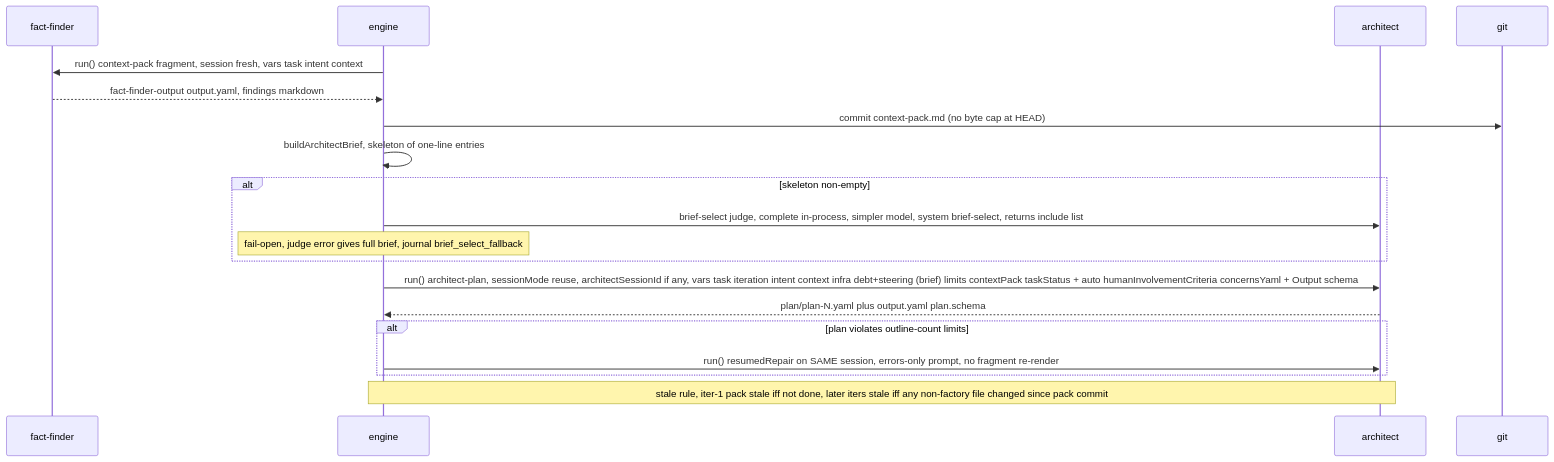
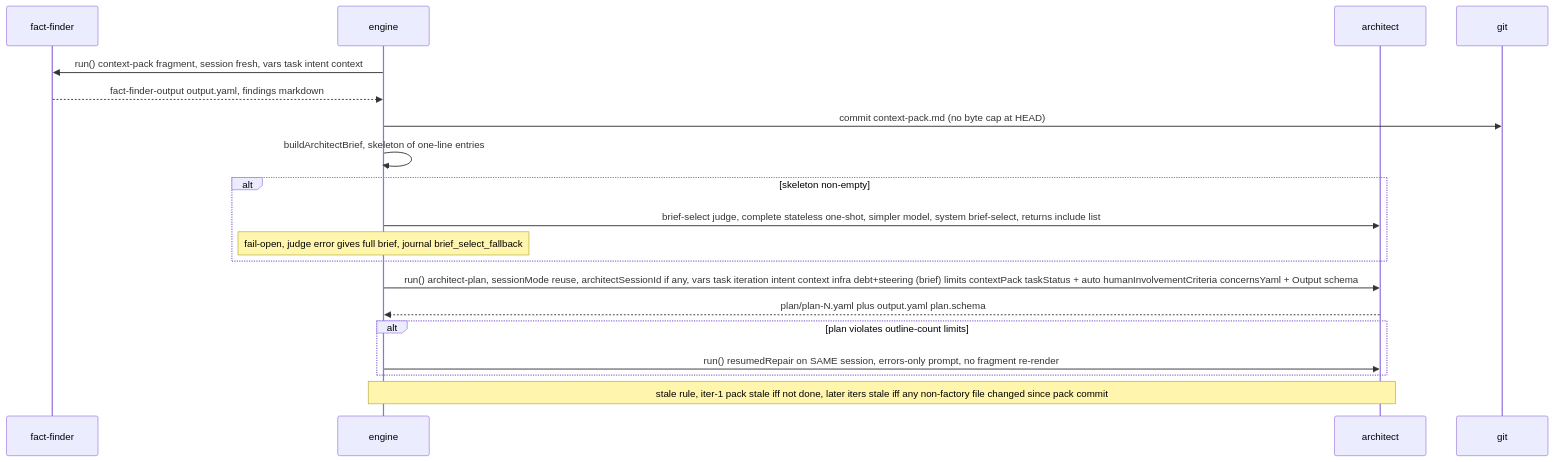
Before and after one commit to szavadsky/agentic-swarm: the third of 5 diagrams in plugins/software-factory/docs/IMPLEMENTATION.md, drawn with Mermaid. The commit also changed other lines of this file and 42 other files, not shown here.

Commit message:
software-factory: IMPLEMENTATION.md records pass (clickable schemas/records, output+session docs)

````diff
--- a/plugins/software-factory/docs/IMPLEMENTATION.md
+++ b/plugins/software-factory/docs/IMPLEMENTATION.md
@@ -156,21 +301,21 @@
 ```mermaid
 sequenceDiagram
     participant FF as fact-finder
     participant ENG as engine
     participant ARC as architect
     participant GIT as git
     ENG->>FF: run() context-pack fragment, session fresh, vars task intent context
     FF-->>ENG: fact-finder-output output.yaml, findings markdown
     ENG->>GIT: commit context-pack.md (no byte cap at HEAD)
     ENG->>ENG: buildArchitectBrief, skeleton of one-line entries
     alt skeleton non-empty
-        ENG->>ARC: brief-select judge, complete in-process, simpler model, system brief-select, returns include list
+        ENG->>ARC: brief-select judge, complete stateless one-shot, simpler model, system brief-select, returns include list
         Note over ENG: fail-open, judge error gives full brief, journal brief_select_fallback
     end
     ENG->>ARC: run() architect-plan, sessionMode reuse, architectSessionId if any, vars task iteration intent context infra debt+steering (brief) limits contextPack taskStatus + auto humanInvolvementCriteria concernsYaml + Output schema
     ARC-->>ENG: plan/plan-N.yaml plus output.yaml plan.schema
     alt plan violates outline-count limits
         ENG->>ARC: run() resumedRepair on SAME session, errors-only prompt, no fragment re-render
     end
     Note over ENG,ARC: stale rule, iter-1 pack stale iff not done, later iters stale iff any non-factory file changed since pack commit
 ```
````
